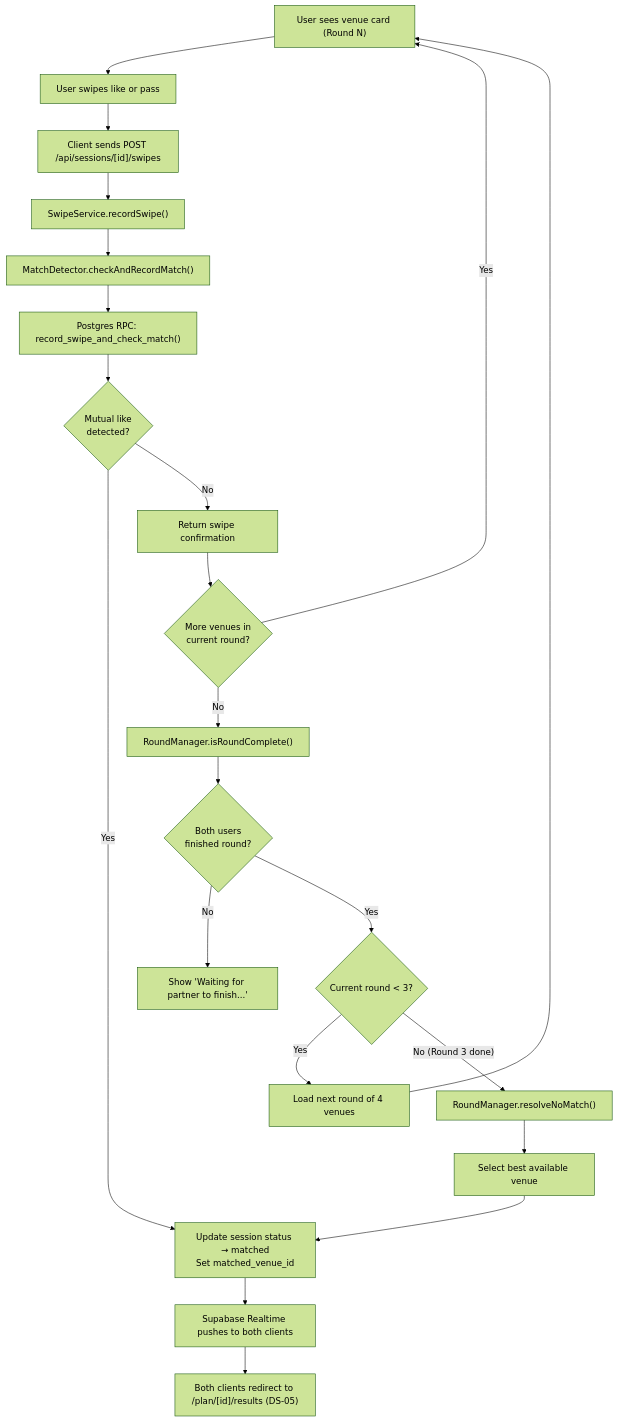
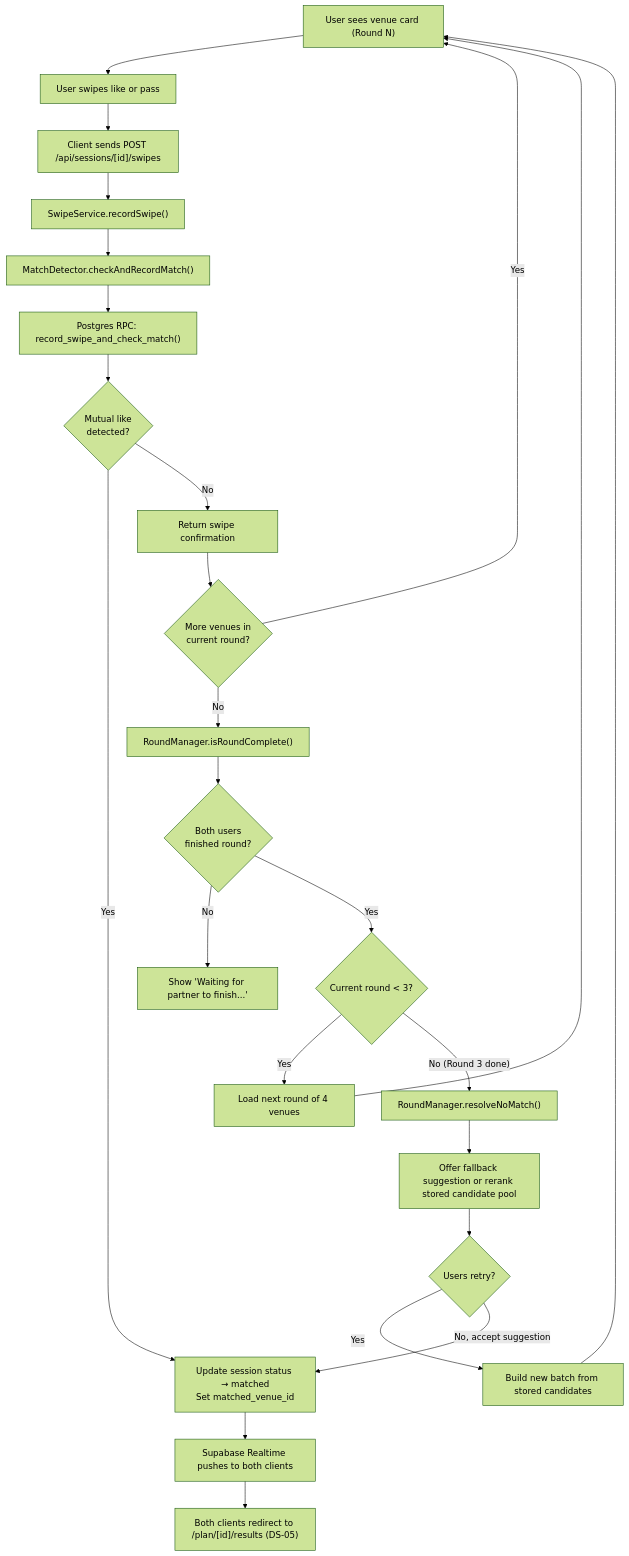
The fourth of 4 diagrams in docs/dev-specs/ds-04-swipe-match.md (Aiden-Barrera/dateflow), drawn with Mermaid (forest theme) before and after one commit. The commit also changed other lines of this file and 3 other files, not shown here.

Commit message:
docs: add candidate pool regeneration follow-up spec

````diff
--- a/docs/dev-specs/ds-04-swipe-match.md
+++ b/docs/dev-specs/ds-04-swipe-match.md
@@ -157,24 +160,27 @@
 ```mermaid
 flowchart TD
     A["User sees venue card (Round N)"] --> B["User swipes like or pass"]
     B --> C["Client sends POST /api/sessions/[id]/swipes"]
     C --> D["SwipeService.recordSwipe()"]
     D --> E["MatchDetector.checkAndRecordMatch()"]
     E --> F["Postgres RPC: record_swipe_and_check_match()"]
     F --> G{"Mutual like<br/>detected?"}
     G -- "Yes" --> H["Update session status → matched<br/>Set matched_venue_id"]
     H --> I["Supabase Realtime pushes to both clients"]
     I --> J["Both clients redirect to /plan/[id]/results (DS-05)"]
     G -- "No" --> K["Return swipe confirmation"]
     K --> L{"More venues in<br/>current round?"}
     L -- "Yes" --> A
     L -- "No" --> M["RoundManager.isRoundComplete()"]
     M --> N{"Both users<br/>finished round?"}
     N -- "No" --> O["Show 'Waiting for partner to finish...'"]
     N -- "Yes" --> P{"Current round < 3?"}
     P -- "Yes" --> Q["Load next round of 4 venues"]
     Q --> A
     P -- "No (Round 3 done)" --> R["RoundManager.resolveNoMatch()"]
-    R --> S["Select best available venue"]
-    S --> H
+    R --> S["Offer fallback suggestion or rerank stored candidate pool"]
+    S --> T{"Users retry?"}
+    T -- "Yes" --> U["Build new batch from stored candidates"]
+    U --> A
+    T -- "No, accept suggestion" --> H
 ```
````
